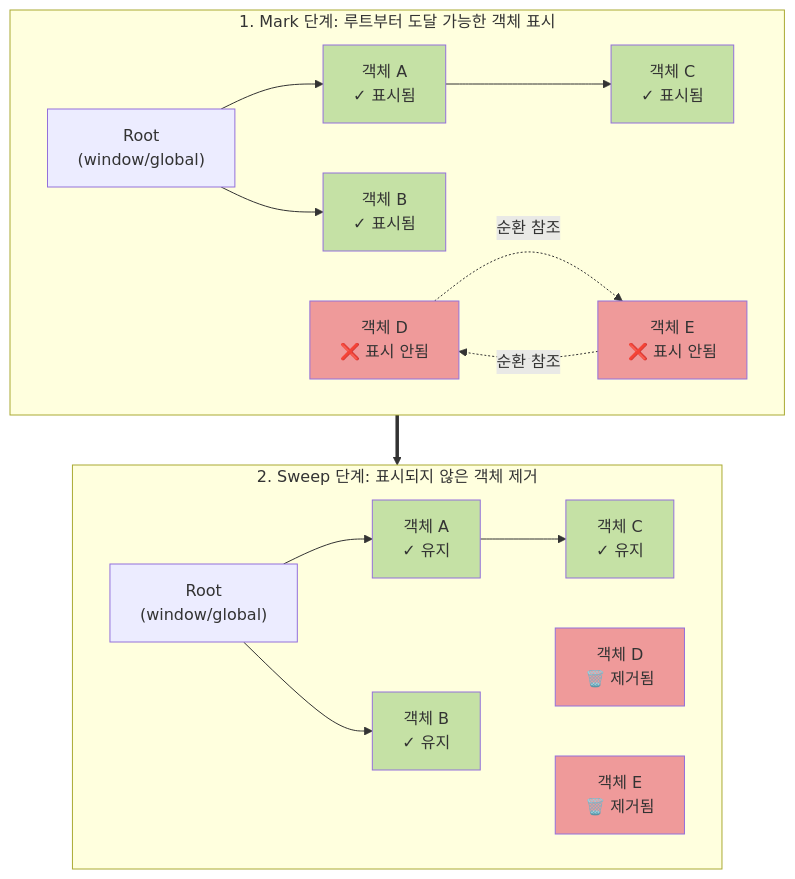
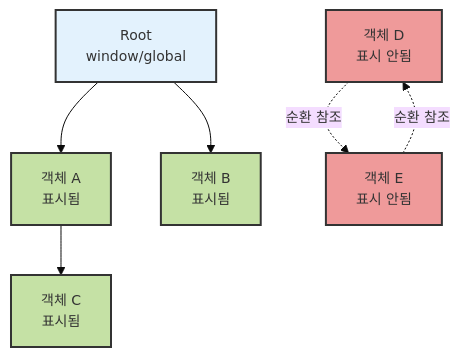
One commit to Cllaude99/claude_code changed the fifth of 7 diagrams in apps/devblog/content/posts/garbage-collection.mdx. Above: the diagram before and after it, drawn with Mermaid. The commit also changed other lines of this file, not shown here.

Commit message:
fix: 가비지 컬렉션 포스트 다이어그램 수정
- '가비지 컬렉션' 포스트의 Mark-and-Sweep 알고리즘 다이어그램을 개선하여 가독성을 높였습니다.
- 각 단계의 설명을 명확히 하고, 시각적 요소를 보강하여 독자의 이해를 돕도록 하였습니다.

````diff
--- a/apps/devblog/content/posts/garbage-collection.mdx
+++ b/apps/devblog/content/posts/garbage-collection.mdx
@@ -284,34 +286,18 @@
 ```mermaid
+%%{init: {'theme':'base', 'themeVariables': { 'fontSize':'14px'}}}%%
 graph TB
-    subgraph Phase1["1. Mark 단계: 루트부터 도달 가능한 객체 표시"]
-        Root1["Root<br/>(window/global)"] --> A1["객체 A<br/>✓ 표시됨"]
-        Root1 --> B1["객체 B<br/>✓ 표시됨"]
-        A1 --> C1["객체 C<br/>✓ 표시됨"]
-        D1["객체 D<br/>❌ 표시 안됨"]
-        E1["객체 E<br/>❌ 표시 안됨"]
-        D1 -.순환 참조.-> E1
-        E1 -.순환 참조.-> D1
-    end
+    Root1["Root<br/>window/global"] --> A1["객체 A<br/>표시됨"]
+    Root1 --> B1["객체 B<br/>표시됨"]
+    A1 --> C1["객체 C<br/>표시됨"]
+    D1["객체 D<br/>표시 안됨"]
+    E1["객체 E<br/>표시 안됨"]
+    D1 -.순환 참조.-> E1
+    E1 -.순환 참조.-> D1
 
-    subgraph Phase2["2. Sweep 단계: 표시되지 않은 객체 제거"]
-        Root2["Root<br/>(window/global)"] --> A2["객체 A<br/>✓ 유지"]
-        Root2 --> B2["객체 B<br/>✓ 유지"]
-        A2 --> C2["객체 C<br/>✓ 유지"]
-        D2["객체 D<br/>🗑️ 제거됨"]
-        E2["객체 E<br/>🗑️ 제거됨"]
-    end
-
-    Phase1 ==> Phase2
-
-    style A1 fill:#c5e1a5
-    style B1 fill:#c5e1a5
-    style C1 fill:#c5e1a5
-    style D1 fill:#ef9a9a
-    style E1 fill:#ef9a9a
-
-    style A2 fill:#c5e1a5
-    style B2 fill:#c5e1a5
-    style C2 fill:#c5e1a5
-    style D2 fill:#ef9a9a
-    style E2 fill:#ef9a9a
+    style A1 fill:#c5e1a5,stroke:#333,stroke-width:2px
+    style B1 fill:#c5e1a5,stroke:#333,stroke-width:2px
+    style C1 fill:#c5e1a5,stroke:#333,stroke-width:2px
+    style D1 fill:#ef9a9a,stroke:#333,stroke-width:2px
+    style E1 fill:#ef9a9a,stroke:#333,stroke-width:2px
+    style Root1 fill:#e3f2fd,stroke:#333,stroke-width:2px
 ```
````
